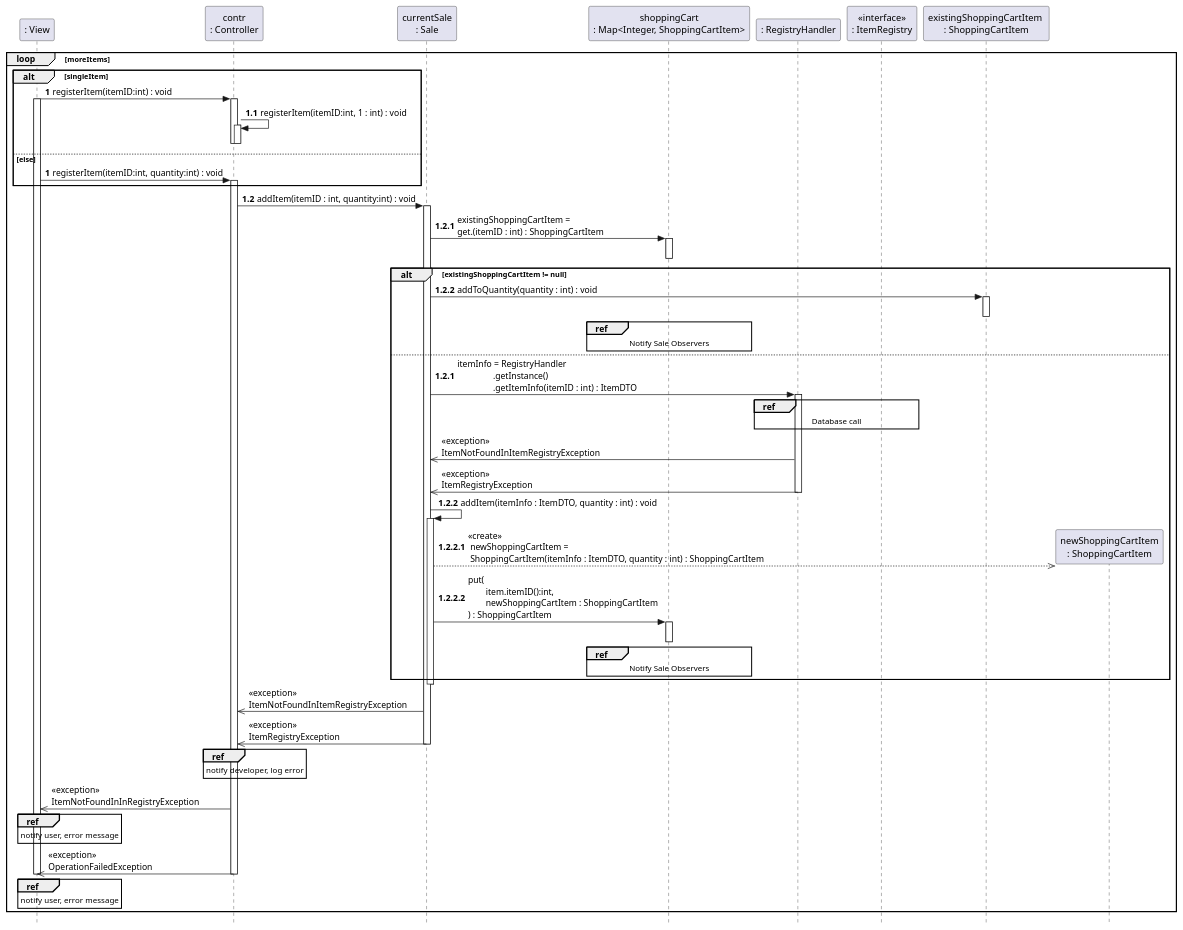
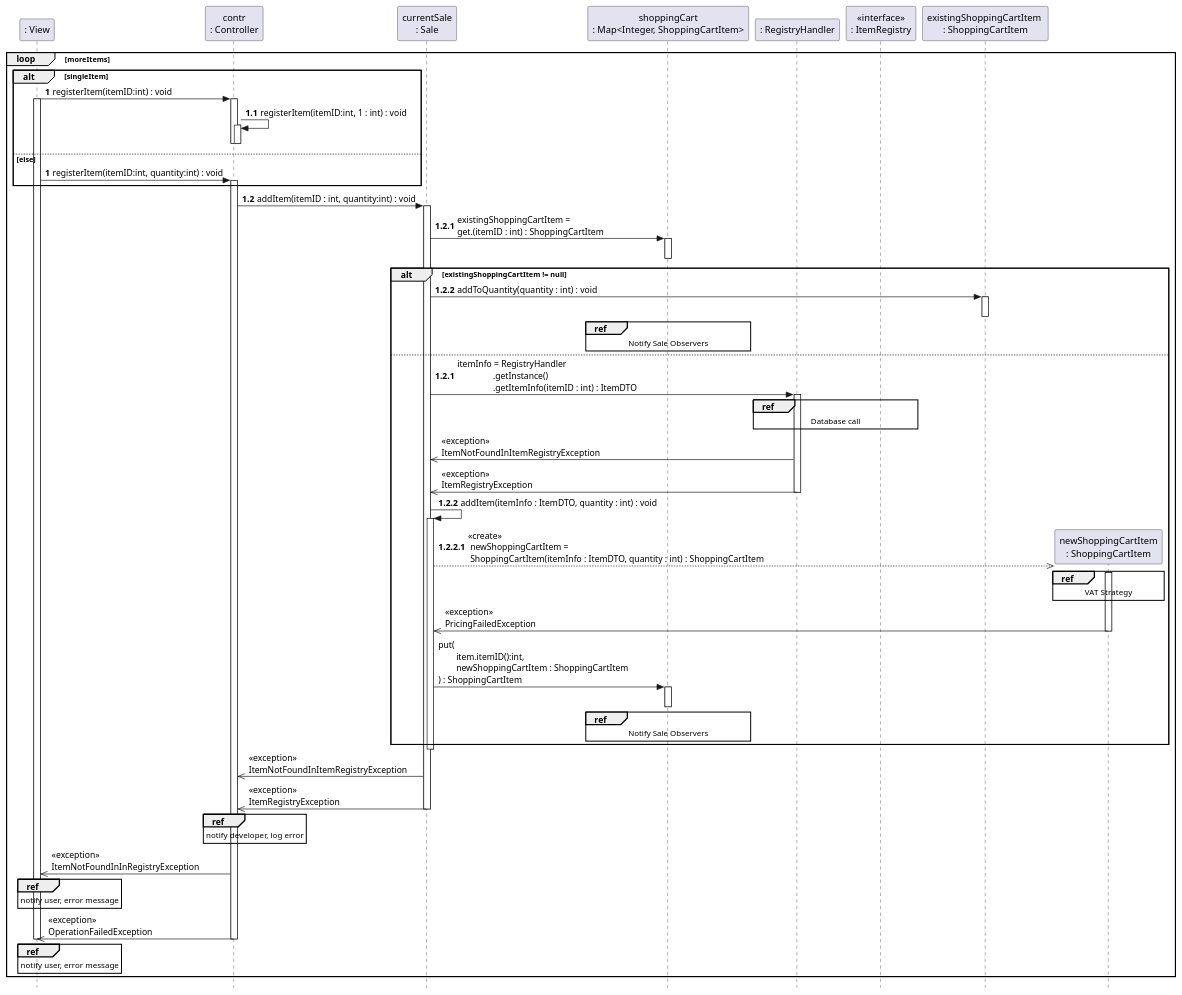
The fifth of 11 diagrams in uml/uml_v3.puml (VincentFerrigan/kth-iv1350-object-oriented-design), drawn with PlantUML before and after one commit. The commit also changed other lines of this file and 3 other files, not shown here.

Commit message:
All classes in vat package moved to pricing. Added a runtime exception for the pricing strategies (vat, discount) called PricingFailedException.

```diff
--- a/uml/uml_v3.puml
+++ b/uml/uml_v3.puml
@@ -676,98 +665,101 @@
 @startuml
 skinparam style strictuml
 
 'title registerItem
 'REGISTERITEM
 hide unlinked
 participant ": View" as View
 participant "contr\n: Controller" as contr
 participant "currentSale\n: Sale" as currentSale
 participant "shoppingCart\n: Map<Integer, ShoppingCartItem>" as shoppingCart
 participant ": RegistryHandler" as RegistryHandler
 'interface ": ItemRegistry" as ItemRegistry
 participant "<<interface>>\n: ItemRegistry" as ItemRegistry
 participant "existingShoppingCartItem \n: ShoppingCartItem" as oldItem
 participant "newShoppingCartItem\n: ShoppingCartItem" as newItem
 
 loop moreItems
 '[validIdentifier]
     alt singleItem
         autonumber 1
         View -> contr : registerItem(itemID:int) : void
         activate View
         activate contr
         autonumber 1.1
         contr -> contr : registerItem(itemID:int, 1 : int) : void
         activate contr
         deactivate contr
         deactivate contr
 
    else else
         autonumber 1
         View -> contr : registerItem(itemID:int, quantity:int) : void
         activate contr
    end
         autonumber 1.2
         contr -> currentSale : addItem(itemID : int, quantity:int) : void
         activate currentSale
             autonumber 1.2.1
             currentSale -> shoppingCart : existingShoppingCartItem = \nget.(itemID : int) : ShoppingCartItem
                 activate shoppingCart
                 deactivate shoppingCart
             alt existingShoppingCartItem != null
                 autonumber 1.2.2
                 currentSale -> oldItem : addToQuantity(quantity : int) : void
             ref over shoppingCart : Notify Sale Observers
                 activate oldItem
                 deactivate oldItem
             else
                 autonumber 1.2.1
                 currentSale -> RegistryHandler : itemInfo = RegistryHandler\n\t\t.getInstance()\n\t\t.getItemInfo(itemID : int) : ItemDTO
                 ref over RegistryHandler, ItemRegistry
                     Database call
                 end ref
                 activate RegistryHandler
                 autonumber stop
                 currentSale <<- RegistryHandler : <<exception>>\nItemNotFoundInItemRegistryException
                 currentSale <<- RegistryHandler : <<exception>>\nItemRegistryException
                 deactivate RegistryHandler
 
                 autonumber 1.2.2
                 currentSale -> currentSale : addItem(itemInfo : ItemDTO, quantity : int) : void
                 activate currentSale
                 autonumber 1.2.2.1
                 create newItem
                 currentSale -[dashed]->> newItem : <<create>> \n newShoppingCartItem = \n ShoppingCartItem(itemInfo : ItemDTO, quantity : int) : ShoppingCartItem
-'                activate newItem
-'                deactivate newItem
+                activate newItem
+                ref over newItem : VAT Strategy
+                autonumber stop
+                 currentSale <<- newItem : <<exception>>\nPricingFailedException
+                deactivate newItem
                 currentSale -> shoppingCart : put(\n\titem.itemID():int, \n\tnewShoppingCartItem : ShoppingCartItem\n) : ShoppingCartItem
                 activate shoppingCart
                 deactivate shoppingCart
             ref over shoppingCart : Notify Sale Observers
             end
                 deactivate currentSale
 
 '        activate currentSale
                 autonumber stop
                     contr <<- currentSale : <<exception>>\nItemNotFoundInItemRegistryException
                     contr <<- currentSale : <<exception>>\nItemRegistryException
                     ref over contr : notify developer, log error
 
 '            autonumber 1.2.3
 '            currentSale -> currentSale
 '            activate currentSale
 '            deactivate currentSale
             deactivate currentSale
                 autonumber stop
                     View <<- contr : <<exception>>\nItemNotFoundInInRegistryException
                     ref over View : notify user, error message
                     View <<- contr : <<exception>>\nOperationFailedException
                     ref over View : notify user, error message
         autonumber stop
 
         deactivate contr
         deactivate View
 end
 
 autonumber stop
 @enduml
```
